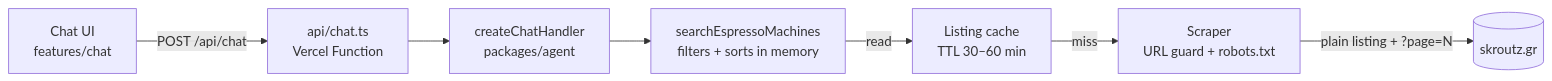
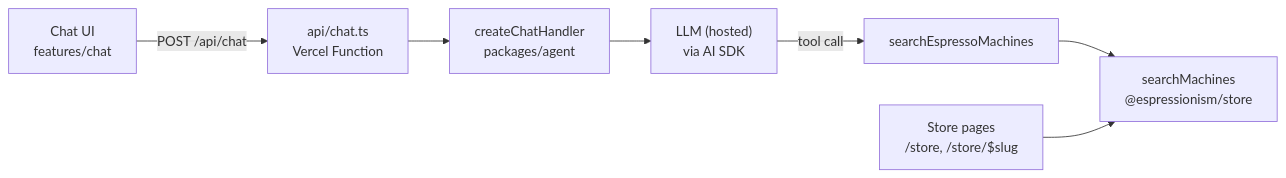
The first of 2 diagrams in docs/plan.md (geogeorgiou/espressionism), drawn with Mermaid before and after one commit. The commit also changed other lines of this file and 43 other files, not shown here.

First line of the commit message:
feat(store): add demo espresso machine store

````diff
--- a/docs/plan.md
+++ b/docs/plan.md
@@ -44,9 +40,9 @@
 ```mermaid
 flowchart LR
   UI["Chat UI<br/>features/chat"] -->|POST /api/chat| FN["api/chat.ts<br/>Vercel Function"]
   FN --> H["createChatHandler<br/>packages/agent"]
-  H --> T["searchEspressoMachines<br/>filters + sorts in memory"]
-  T -->|read| C["Listing cache<br/>TTL 30–60 min"]
-  C -->|miss| S["Scraper<br/>URL guard + robots.txt"]
-  S -->|plain listing + ?page=N| SK[("skroutz.gr")]
+  H --> M["LLM (hosted)<br/>via AI SDK"]
+  M -->|tool call| T["searchEspressoMachines"]
+  T --> S["searchMachines<br/>@espressionism/store"]
+  P["Store pages<br/>/store, /store/$slug"] --> S
 ```
````
